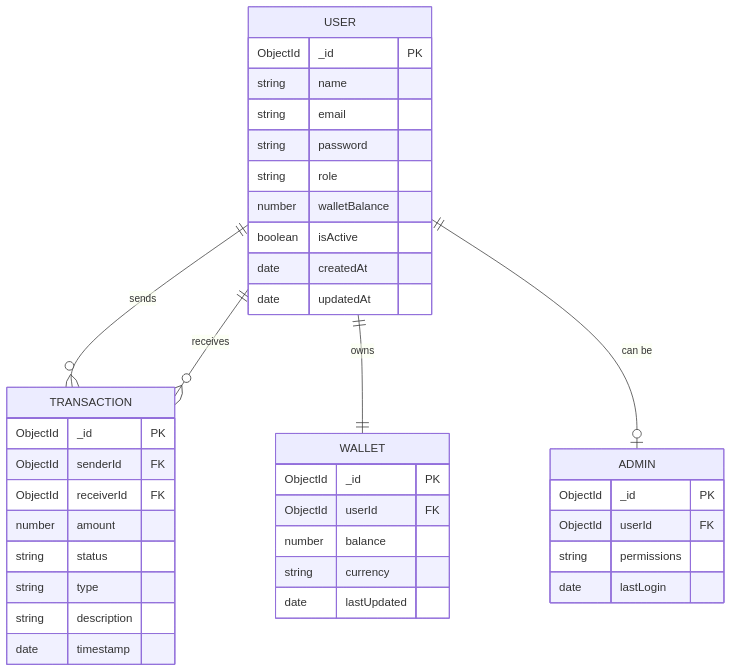
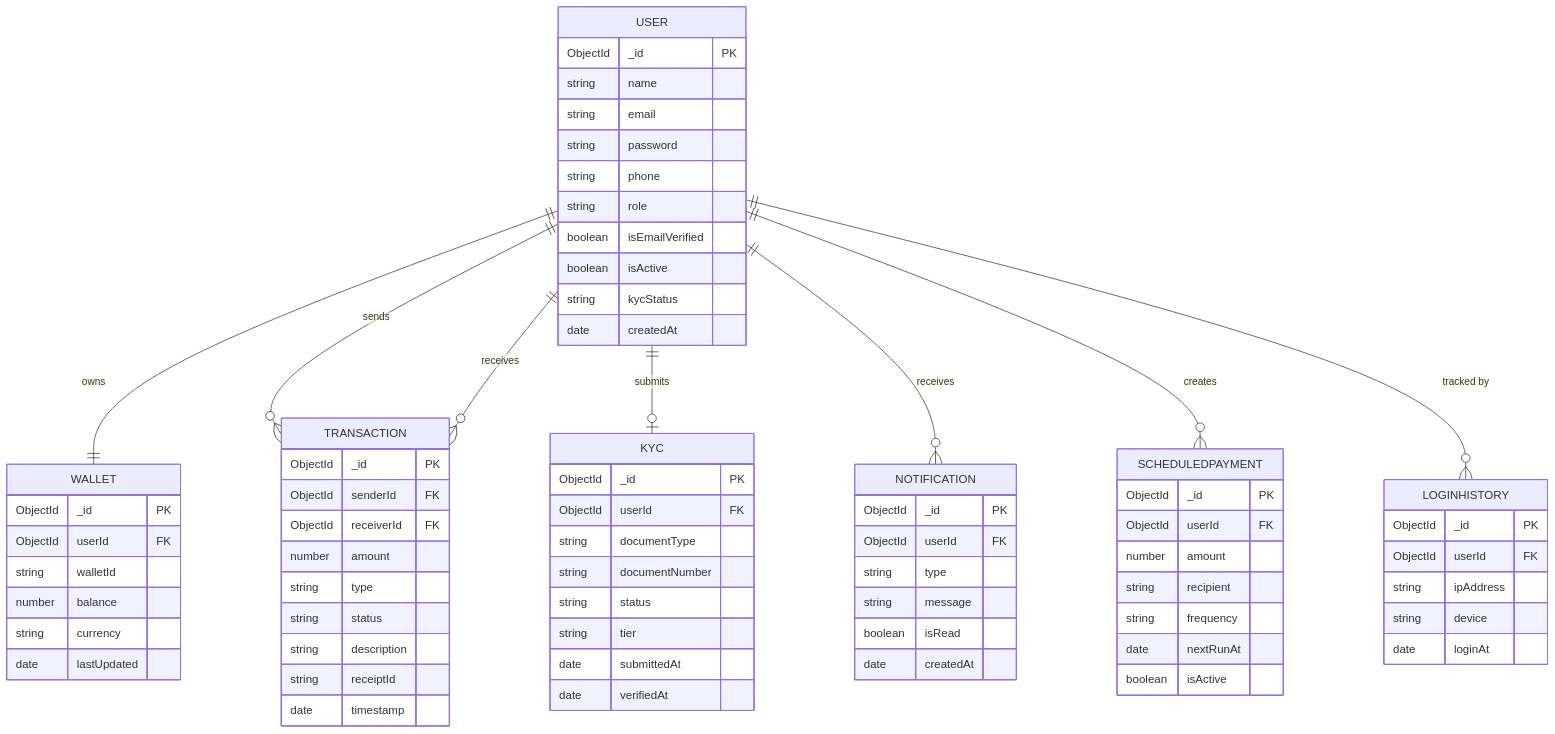
One commit to lucifers-0666/ZenoPay-V1 changed the fourth of 4 diagrams in README.md. Above: the diagram before and after it, drawn with Mermaid. The commit also changed other lines of this file, not shown here.

````diff
--- a/README.md
+++ b/README.md
@@ -223,45 +221,82 @@
 ```mermaid
 erDiagram
     USER {
         ObjectId _id PK
         string name
         string email
         string password
+        string phone
         string role
-        number walletBalance
+        boolean isEmailVerified
         boolean isActive
+        string kycStatus
         date createdAt
-        date updatedAt
+    }
+
+    WALLET {
+        ObjectId _id PK
+        ObjectId userId FK
+        string walletId
+        number balance
+        string currency
+        date lastUpdated
     }
 
     TRANSACTION {
         ObjectId _id PK
         ObjectId senderId FK
         ObjectId receiverId FK
         number amount
+        string type
         string status
-        string type
         string description
+        string receiptId
         date timestamp
     }
 
-    WALLET {
+    KYC {
         ObjectId _id PK
         ObjectId userId FK
-        number balance
-        string currency
-        date lastUpdated
+        string documentType
+        string documentNumber
+        string status
+        string tier
+        date submittedAt
+        date verifiedAt
     }
 
-    ADMIN {
+    NOTIFICATION {
         ObjectId _id PK
         ObjectId userId FK
-        string permissions
-        date lastLogin
+        string type
+        string message
+        boolean isRead
+        date createdAt
     }
 
+    SCHEDULEDPAYMENT {
+        ObjectId _id PK
+        ObjectId userId FK
+        number amount
+        string recipient
+        string frequency
+        date nextRunAt
+        boolean isActive
+    }
+
+    LOGINHISTORY {
+        ObjectId _id PK
+        ObjectId userId FK
+        string ipAddress
+        string device
+        date loginAt
+    }
+
+    USER ||--|| WALLET : "owns"
     USER ||--o{ TRANSACTION : "sends"
     USER ||--o{ TRANSACTION : "receives"
-    USER ||--|| WALLET : "owns"
-    USER ||--o| ADMIN : "can be"
+    USER ||--o| KYC : "submits"
+    USER ||--o{ NOTIFICATION : "receives"
+    USER ||--o{ SCHEDULEDPAYMENT : "creates"
+    USER ||--o{ LOGINHISTORY : "tracked by"
 ```
````
